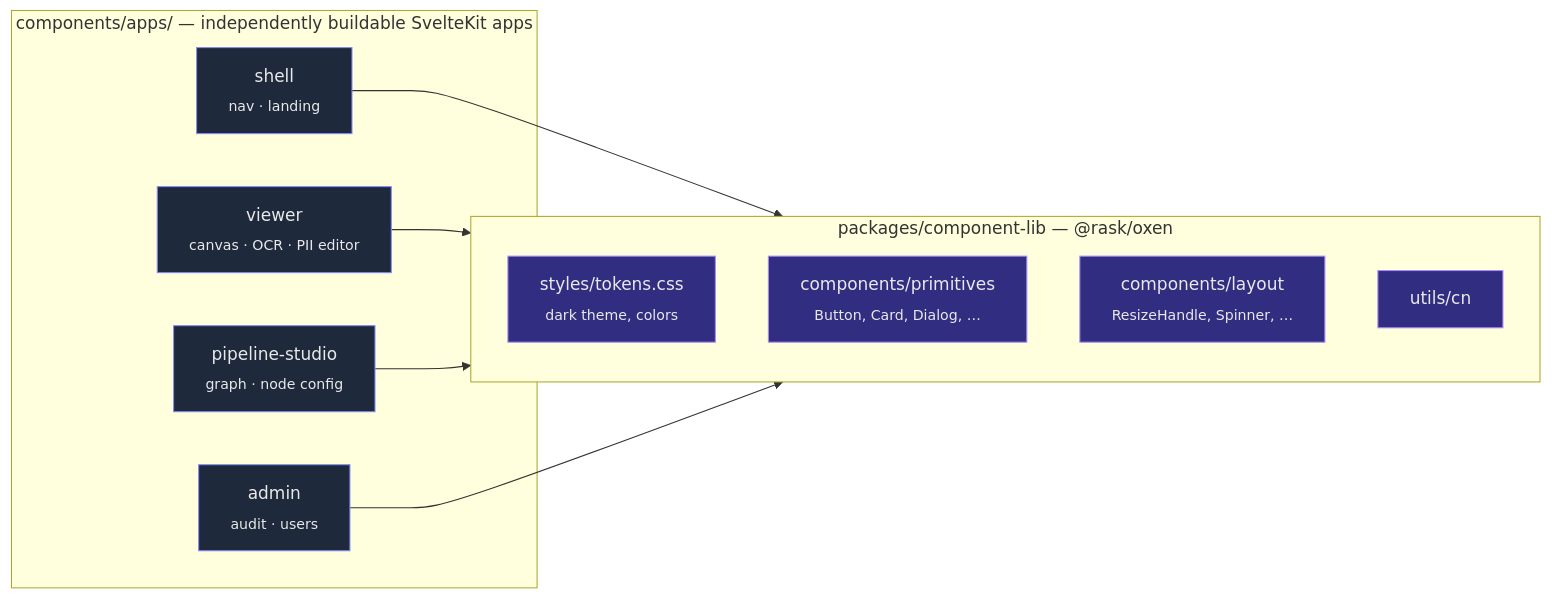
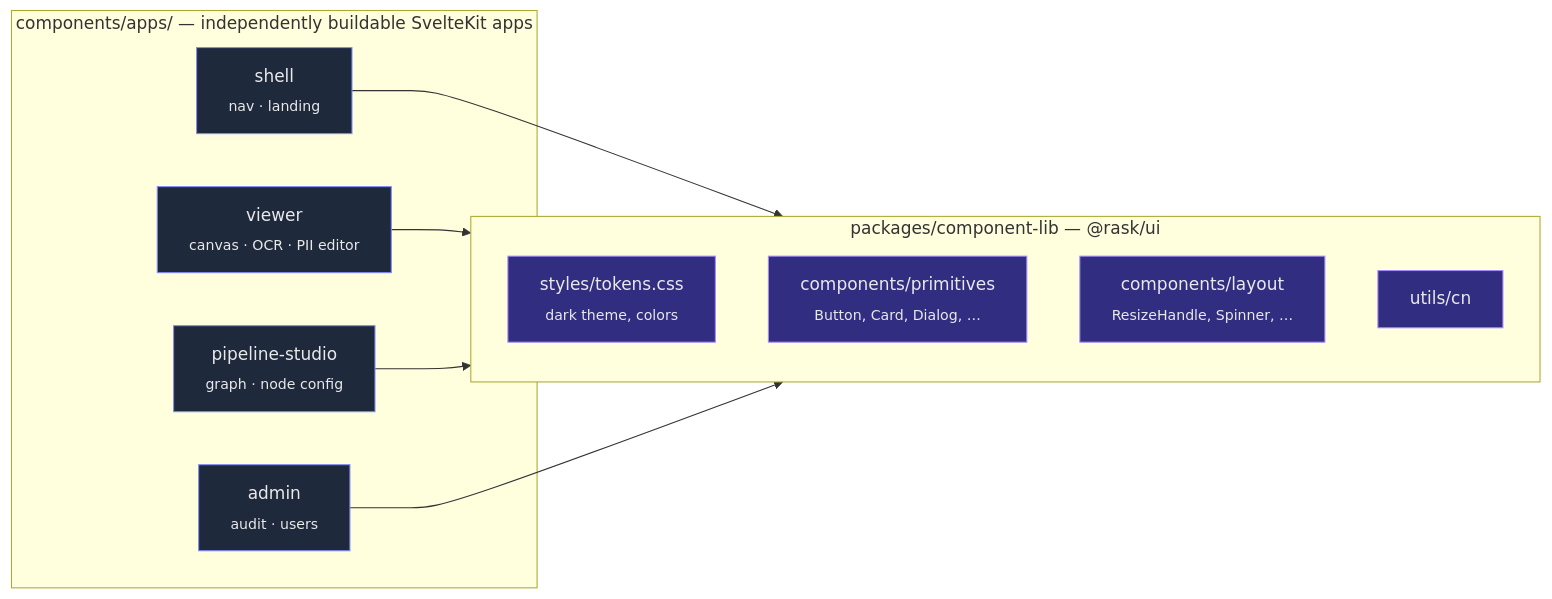
The first of 4 diagrams in docs/architecture/frontend-monorepo.md (AI-Riksarkivet/rask), drawn with Mermaid before and after one commit. The commit also changed other lines of this file and 43 other files, not shown here.

````diff
--- a/docs/architecture/frontend-monorepo.md
+++ b/docs/architecture/frontend-monorepo.md
@@ -18,26 +18,26 @@
 ```mermaid
 flowchart LR
     subgraph apps["components/apps/ — independently buildable SvelteKit apps"]
         shell["shell<br/><sub>nav · landing</sub>"]
         viewer["viewer<br/><sub>canvas · OCR · PII editor</sub>"]
         studio["pipeline-studio<br/><sub>graph · node config</sub>"]
         admin["admin<br/><sub>audit · users</sub>"]
     end
 
-    subgraph lib["packages/component-lib — @rask/oxen"]
+    subgraph lib["packages/component-lib — @rask/ui"]
         tokens["styles/tokens.css<br/><sub>dark theme, colors</sub>"]
         prim["components/primitives<br/><sub>Button, Card, Dialog, …</sub>"]
         layout["components/layout<br/><sub>ResizeHandle, Spinner, …</sub>"]
         utils["utils/cn"]
     end
 
     shell --> lib
     viewer --> lib
     studio --> lib
     admin --> lib
 
     classDef app fill:#1e293b,stroke:#818cf8,color:#e9e9ea
     classDef libnode fill:#312e81,stroke:#a78bfa,color:#e9e9ea
     class shell,viewer,studio,admin app
     class tokens,prim,layout,utils libnode
 ```
````
